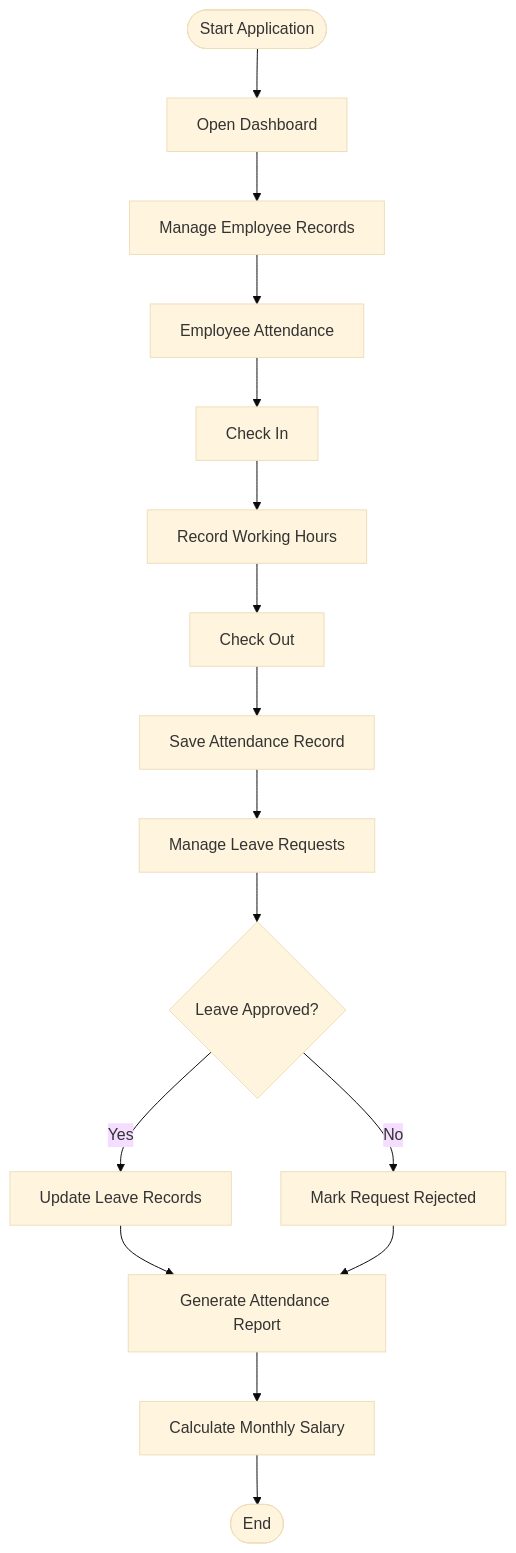
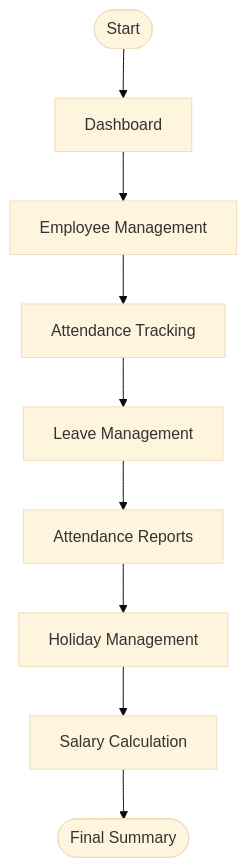
The first of 3 diagrams in README.md (Sweety-2024/attendance-management), drawn with Mermaid (base theme) before and after one commit. The commit also changed other lines of this file, not shown here.

````diff
--- a/README.md
+++ b/README.md
@@ -73,18 +65,11 @@
 ```mermaid
 flowchart TD
-    A([Start Application]) --> B[Open Dashboard]
-    B --> C[Manage Employee Records]
-    C --> D[Employee Attendance]
-    D --> E[Check In]
-    E --> F[Record Working Hours]
-    F --> G[Check Out]
-    G --> H[Save Attendance Record]
-    H --> I[Manage Leave Requests]
-    I --> J{Leave Approved?}
-    J -->|Yes| K[Update Leave Records]
-    J -->|No| L[Mark Request Rejected]
-    K --> M[Generate Attendance Report]
-    L --> M
-    M --> N[Calculate Monthly Salary]
-    N --> O([End])
+    A([Start]) --> B[Dashboard]
+    B --> C[Employee Management]
+    C --> D[Attendance Tracking]
+    D --> E[Leave Management]
+    E --> F[Attendance Reports]
+    F --> G[Holiday Management]
+    G --> H[Salary Calculation]
+    H --> I([Final Summary])
 ```
````
